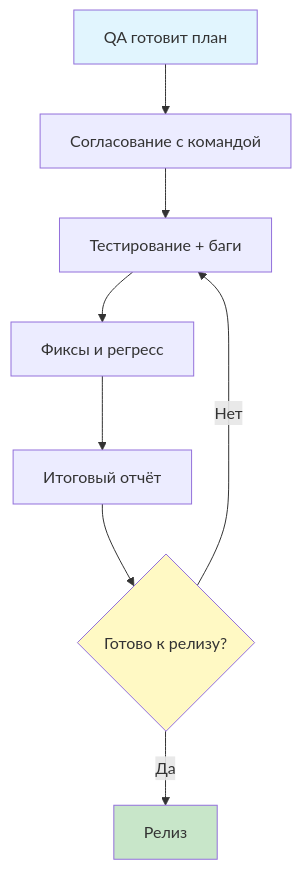
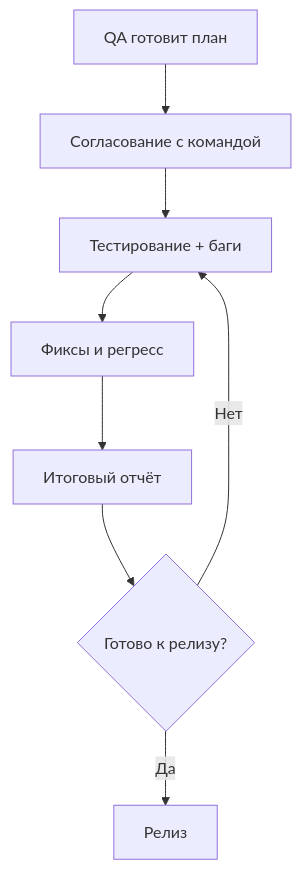
One commit to cheryst24-code-qa/test-plan changed the diagram in README.md. Above: the diagram before and after it, drawn with Mermaid.

Commit message:
fix graph TD

````diff
--- a/README.md
+++ b/README.md
@@ -61,15 +61,11 @@
 ```mermaid
 graph TD
   A[QA готовит план] --> B[Согласование с командой]
   B --> C[Тестирование + баги]
   C --> D[Фиксы и регресс]
   D --> E[Итоговый отчёт]
   E --> F{Готово к релизу?}
   F -->|Нет| C
   F -->|Да| G[Релиз]
-    
-  style A fill:#e1f5fe
-  style G fill:#c8e6c9
-  style F fill:#fff9c4
-  
+
 ```
````
